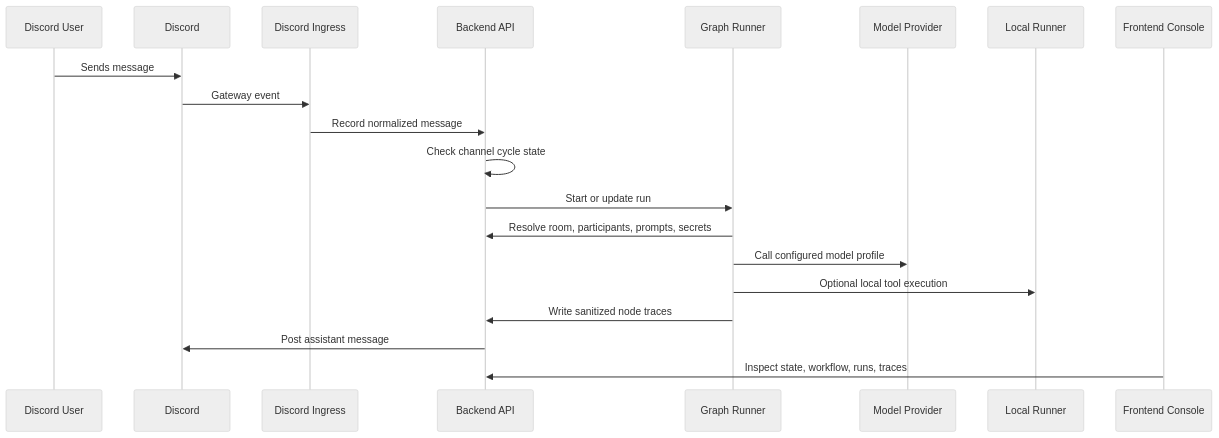
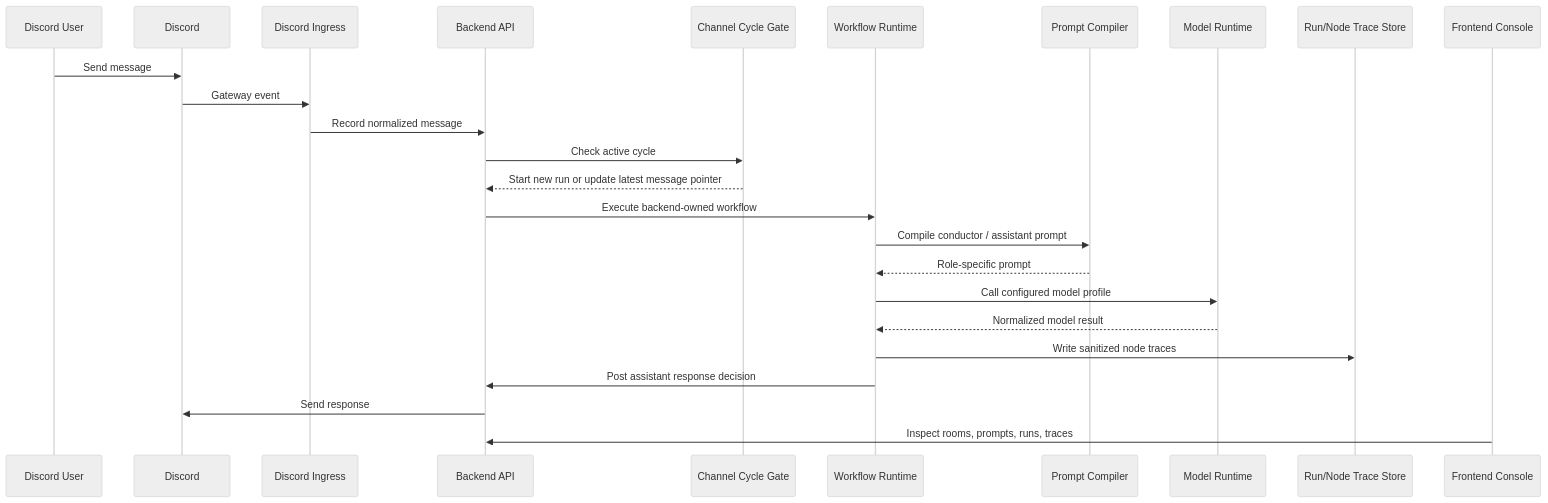
One commit to OnionKimchi/control-room-portfolio changed the second of 3 diagrams in docs/architecture.md. Above: the diagram before and after it, drawn with Mermaid (neutral theme). The commit also changed other lines of this file and 1 other file, not shown here.

Commit message:
Refine architecture and backend API docs

````diff
--- a/docs/architecture.md
+++ b/docs/architecture.md
@@ -9,23 +28,28 @@
 ```mermaid
 sequenceDiagram
   participant User as Discord User
   participant Discord as Discord
   participant Bot as Discord Ingress
   participant API as Backend API
-  participant Graph as Graph Runner
-  participant Model as Model Provider
-  participant Runner as Local Runner
+  participant Cycle as Channel Cycle Gate
+  participant Graph as Workflow Runtime
+  participant Prompt as Prompt Compiler
+  participant Model as Model Runtime
+  participant Trace as Run/Node Trace Store
   participant Web as Frontend Console
 
-  User->>Discord: Sends message
+  User->>Discord: Send message
   Discord->>Bot: Gateway event
   Bot->>API: Record normalized message
-  API->>API: Check channel cycle state
-  API->>Graph: Start or update run
-  Graph->>API: Resolve room, participants, prompts, secrets
+  API->>Cycle: Check active cycle
+  Cycle-->>API: Start new run or update latest message pointer
+  API->>Graph: Execute backend-owned workflow
+  Graph->>Prompt: Compile conductor / assistant prompt
+  Prompt-->>Graph: Role-specific prompt
   Graph->>Model: Call configured model profile
-  Graph->>Runner: Optional local tool execution
-  Graph->>API: Write sanitized node traces
-  API->>Discord: Post assistant message
-  Web->>API: Inspect state, workflow, runs, traces
+  Model-->>Graph: Normalized model result
+  Graph->>Trace: Write sanitized node traces
+  Graph->>API: Post assistant response decision
+  API->>Discord: Send response
+  Web->>API: Inspect rooms, prompts, runs, traces
 ```
````
